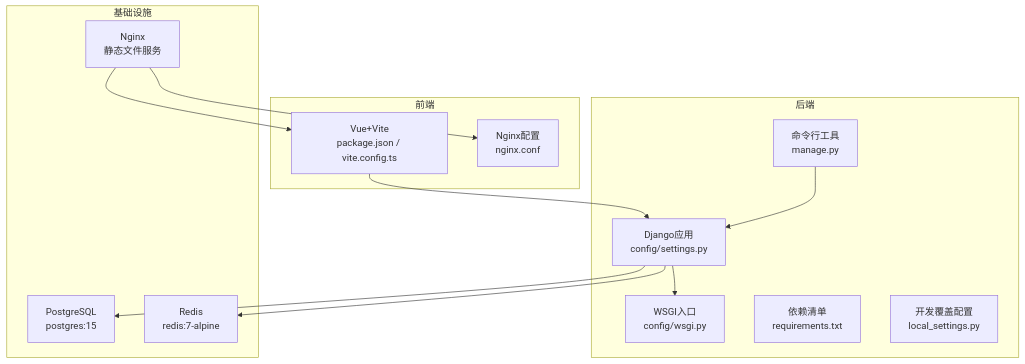
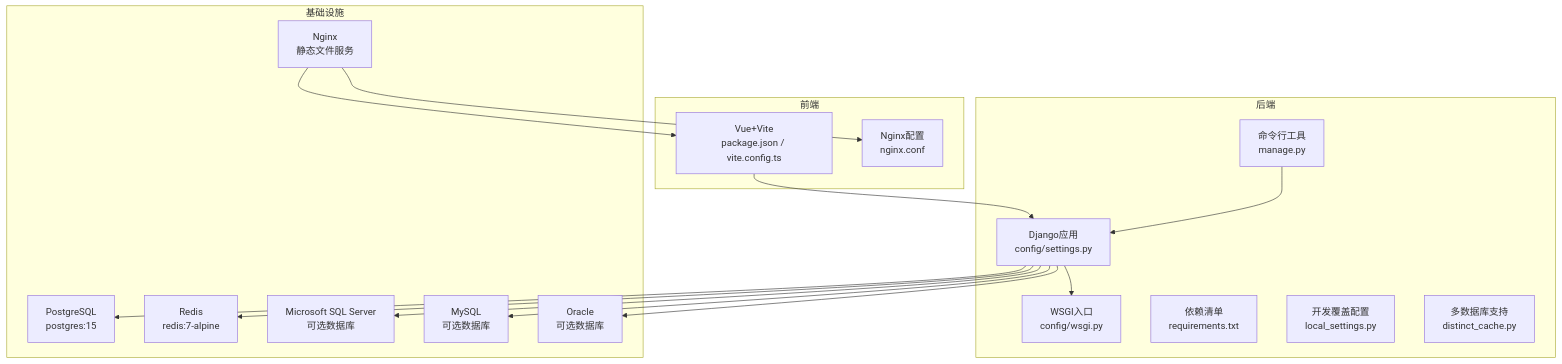
Before and after one commit to zyp-coder/Metadata: the first of 3 diagrams in .qoder/repowiki/zh/content/部署配置/Docker部署.md, drawn with Mermaid. The commit also changed other lines of this file and 49 other files, not shown here.

````diff
--- a/.qoder/repowiki/zh/content/部署配置/Docker部署.md
+++ b/.qoder/repowiki/zh/content/部署配置/Docker部署.md
@@ -44,26 +47,33 @@
 ```mermaid
 graph TB
 subgraph "后端"
 A["Django应用<br/>config/settings.py"]
 B["WSGI入口<br/>config/wsgi.py"]
 C["命令行工具<br/>manage.py"]
 D["依赖清单<br/>requirements.txt"]
 E["开发覆盖配置<br/>local_settings.py"]
+F["多数据库支持<br/>distinct_cache.py"]
 end
 subgraph "基础设施"
-F["PostgreSQL<br/>postgres:15"]
-G["Redis<br/>redis:7-alpine"]
-H["Nginx<br/>静态文件服务"]
+G["PostgreSQL<br/>postgres:15"]
+H["Redis<br/>redis:7-alpine"]
+I["Nginx<br/>静态文件服务"]
+J["Microsoft SQL Server<br/>可选数据库"]
+K["MySQL<br/>可选数据库"]
+L["Oracle<br/>可选数据库"]
 end
 subgraph "前端"
-I["Vue+Vite<br/>package.json / vite.config.ts"]
-J["Nginx配置<br/>nginx.conf"]
+M["Vue+Vite<br/>package.json / vite.config.ts"]
+N["Nginx配置<br/>nginx.conf"]
 end
-I --> A
-A --> F
+M --> A
 A --> G
+A --> H
+A --> J
+A --> K
+A --> L
 A --> B
 C --> A
-H --> I
-H --> J
+I --> M
+I --> N
 ```
````
